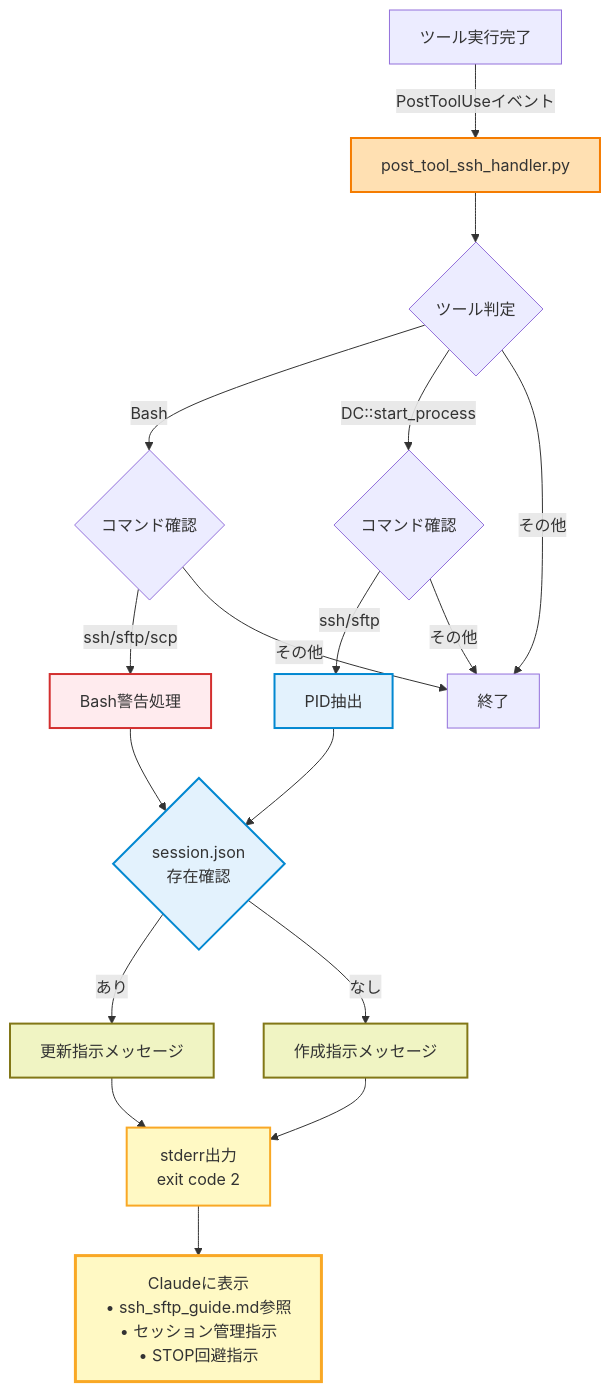
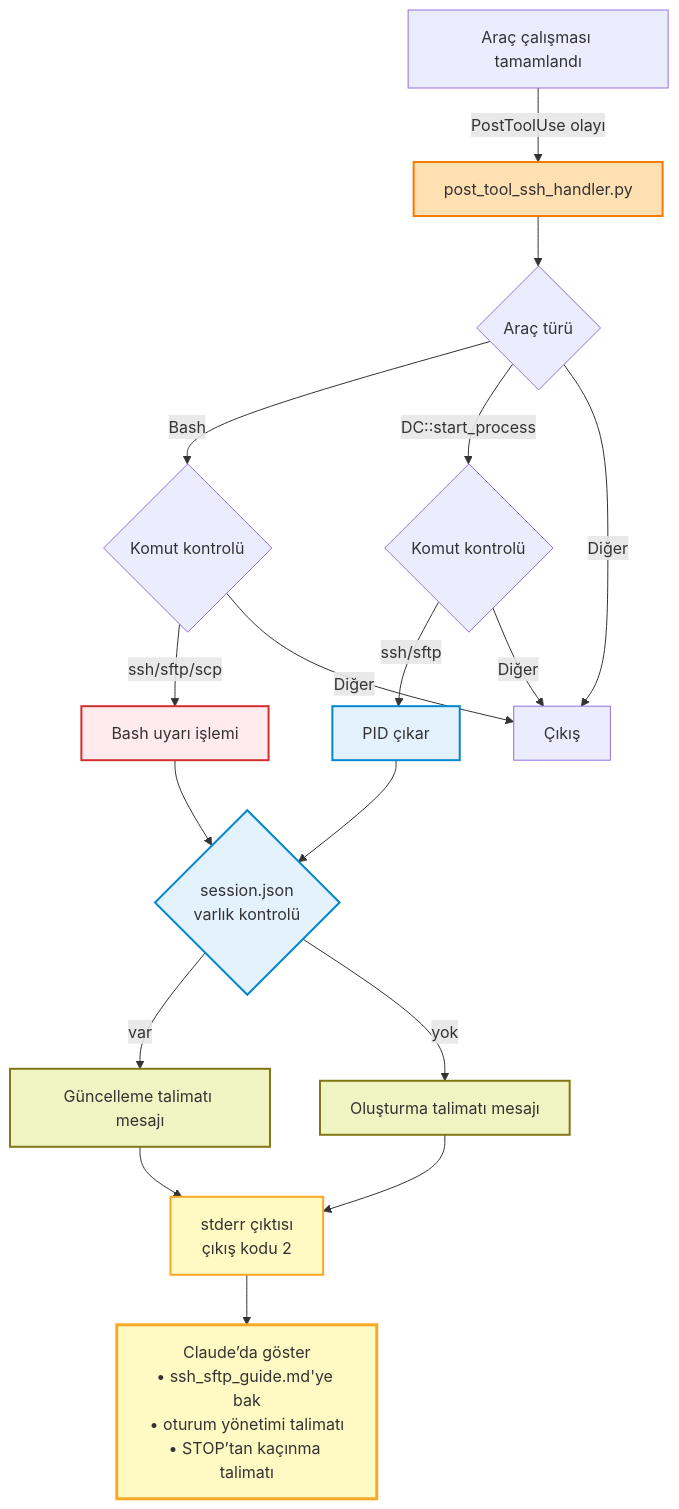
The second of 2 diagrams in hooks/hooks_flowchart_updated.md (erkinalp/VibeCodeHPC-tr), drawn with Mermaid before and after one commit. The commit also changed other lines of this file and 1 other file, not shown here.

Commit message:
docs(tr): Translate JP in hooks deployment guide and hooks flowchart mermaid labels (#2)

````diff
--- a/hooks/hooks_flowchart_updated.md
+++ b/hooks/hooks_flowchart_updated.md
@@ -70,36 +70,36 @@
 ```mermaid
 flowchart TB
-      Start[ツール実行完了] -->|PostToolUseイベント| Handler[post_tool_ssh_handler.py]
+      Start[Araç çalışması tamamlandı] -->|PostToolUse olayı| Handler[post_tool_ssh_handler.py]
       
-      Handler --> CheckTool{ツール判定}
-      CheckTool -->|"Bash"| CheckBashCmd{コマンド確認}
-      CheckTool -->|"DC::start_process"| CheckDCCmd{コマンド確認}
-      CheckTool -->|その他| Exit[終了]
+      Handler --> CheckTool{Araç türü}
+      CheckTool -->|"Bash"| CheckBashCmd{Komut kontrolü}
+      CheckTool -->|"DC::start_process"| CheckDCCmd{Komut kontrolü}
+      CheckTool -->|Diğer| Exit[Çıkış]
       
-      CheckBashCmd -->|"ssh/sftp/scp"| BashWarn[Bash警告処理]
-      CheckBashCmd -->|その他| Exit
+      CheckBashCmd -->|"ssh/sftp/scp"| BashWarn[Bash uyarı işlemi]
+      CheckBashCmd -->|Diğer| Exit
       
-      CheckDCCmd -->|"ssh/sftp"| ExtractPID[PID抽出]
-      CheckDCCmd -->|その他| Exit
+      CheckDCCmd -->|"ssh/sftp"| ExtractPID[PID çıkar]
+      CheckDCCmd -->|Diğer| Exit
       
-      ExtractPID --> SessionCheck{session.json<br/>存在確認}
+      ExtractPID --> SessionCheck{session.json<br/>varlık kontrolü}
       BashWarn --> SessionCheck
       
-      SessionCheck -->|あり| UpdateMsg[更新指示メッセージ]
-      SessionCheck -->|なし| CreateMsg[作成指示メッセージ]
+      SessionCheck -->|var| UpdateMsg[Güncelleme talimatı mesajı]
+      SessionCheck -->|yok| CreateMsg[Oluşturma talimatı mesajı]
       
-      UpdateMsg --> Display[stderr出力<br/>exit code 2]
+      UpdateMsg --> Display[stderr çıktısı<br/>çıkış kodu 2]
       CreateMsg --> Display
       
-      Display --> Guide[Claudeに表示<br/>• ssh_sftp_guide.md参照<br/>• セッション管理指示<br/>• STOP回避指示]
+      Display --> Guide[Claude’da göster<br/>• ssh_sftp_guide.md'ye bak<br/>• oturum yönetimi talimatı<br/>• STOP’tan kaçınma talimatı]
       
       %% スタイリング
       style Handler fill:#ffe0b2,stroke:#f57c00,stroke-width:2px
       style ExtractPID fill:#e3f2fd,stroke:#0288d1,stroke-width:2px
       style SessionCheck fill:#e3f2fd,stroke:#0288d1,stroke-width:2px
       style Display fill:#fff9c4,stroke:#f9a825,stroke-width:2px
       style Guide fill:#fff9c4,stroke:#f9a825,stroke-width:3px
       style BashWarn fill:#ffebee,stroke:#d32f2f,stroke-width:2px
       style UpdateMsg fill:#f0f4c3,stroke:#827717,stroke-width:2px
       style CreateMsg fill:#f0f4c3,stroke:#827717,stroke-width:2px
 ```
````
